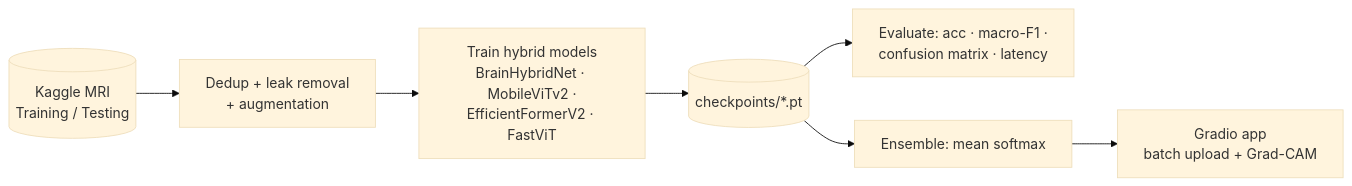
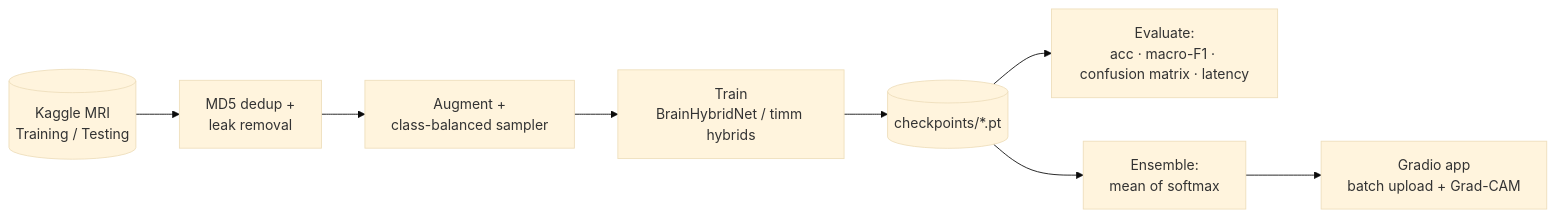
One commit to Sapair-og/brain_tumor changed the first of 2 diagrams in README.md. Above: the diagram before and after it, drawn with Mermaid (base theme). The commit also changed other lines of this file and 4 other files, not shown here.

Commit message:
Rewrite README with v1 results, diagrams and sample images, add MIT license

````diff
--- a/README.md
+++ b/README.md
@@ -32,9 +63,10 @@
 ```mermaid
 flowchart LR
-    A[(Kaggle MRI<br/>Training / Testing)] --> B[Dedup + leak removal<br/>+ augmentation]
-    B --> C[Train hybrid models<br/>BrainHybridNet · MobileViTv2 ·<br/>EfficientFormerV2 · FastViT]
-    C --> D[(checkpoints/*.pt)]
-    D --> E[Evaluate: acc · macro-F1 ·<br/>confusion matrix · latency]
-    D --> F[Ensemble: mean softmax]
-    F --> G[Gradio app<br/>batch upload + Grad-CAM]
+    A[(Kaggle MRI<br/>Training / Testing)] --> B[MD5 dedup +<br/>leak removal]
+    B --> C[Augment +<br/>class-balanced sampler]
+    C --> D[Train<br/>BrainHybridNet / timm hybrids]
+    D --> E[(checkpoints/*.pt)]
+    E --> F[Evaluate:<br/>acc · macro-F1 · confusion matrix · latency]
+    E --> G[Ensemble:<br/>mean of softmax]
+    G --> H[Gradio app<br/>batch upload + Grad-CAM]
 ```
````
